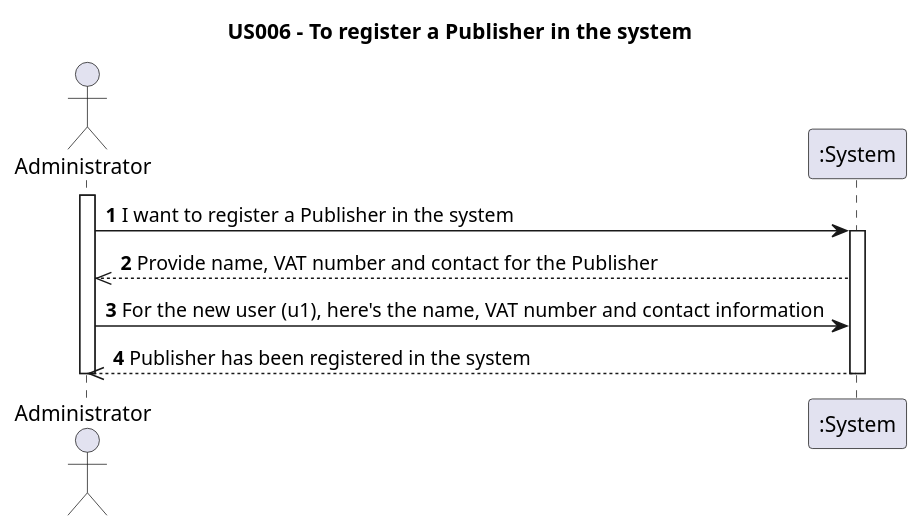
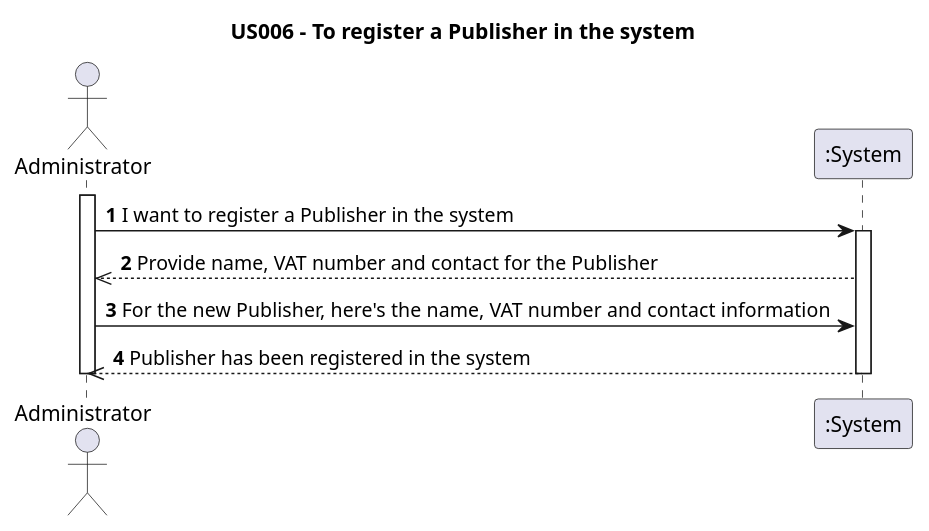
Before and after one commit to AndrePereiraGitH/SWitCH-Project-Team_A: the diagram in Diagrams/SequenceDiagrams/N1/US006-To-Add-Publishing-Company-To-System.puml, drawn with PlantUML. The commit also changed 4 other files, not shown here.

Commit message:
Add and update UML for US002 & US006

```diff
--- a/Diagrams/SequenceDiagrams/N1/US006-To-Add-Publishing-Company-To-System.puml
+++ b/Diagrams/SequenceDiagrams/N1/US006-To-Add-Publishing-Company-To-System.puml
@@ -1,18 +1,18 @@
 @startuml
 title US006 - To register a Publisher in the system
 
 actor Administrator
 participant ":System" as System
 
 ' Human contact between Administrator and UI
 activate Administrator
     Administrator -> System : **1** I want to register a Publisher in the system
 
     activate System
     System -->> Administrator : **2** Provide name, VAT number and contact for the Publisher
-    Administrator -> System : **3** For the new user (u1), here's the name, VAT number and contact information
+    Administrator -> System : **3** For the new Publisher, here's the name, VAT number and contact information
     System -->> Administrator : **4** Publisher has been registered in the system
     deactivate System
 
 deactivate Administrator
 @enduml
```
